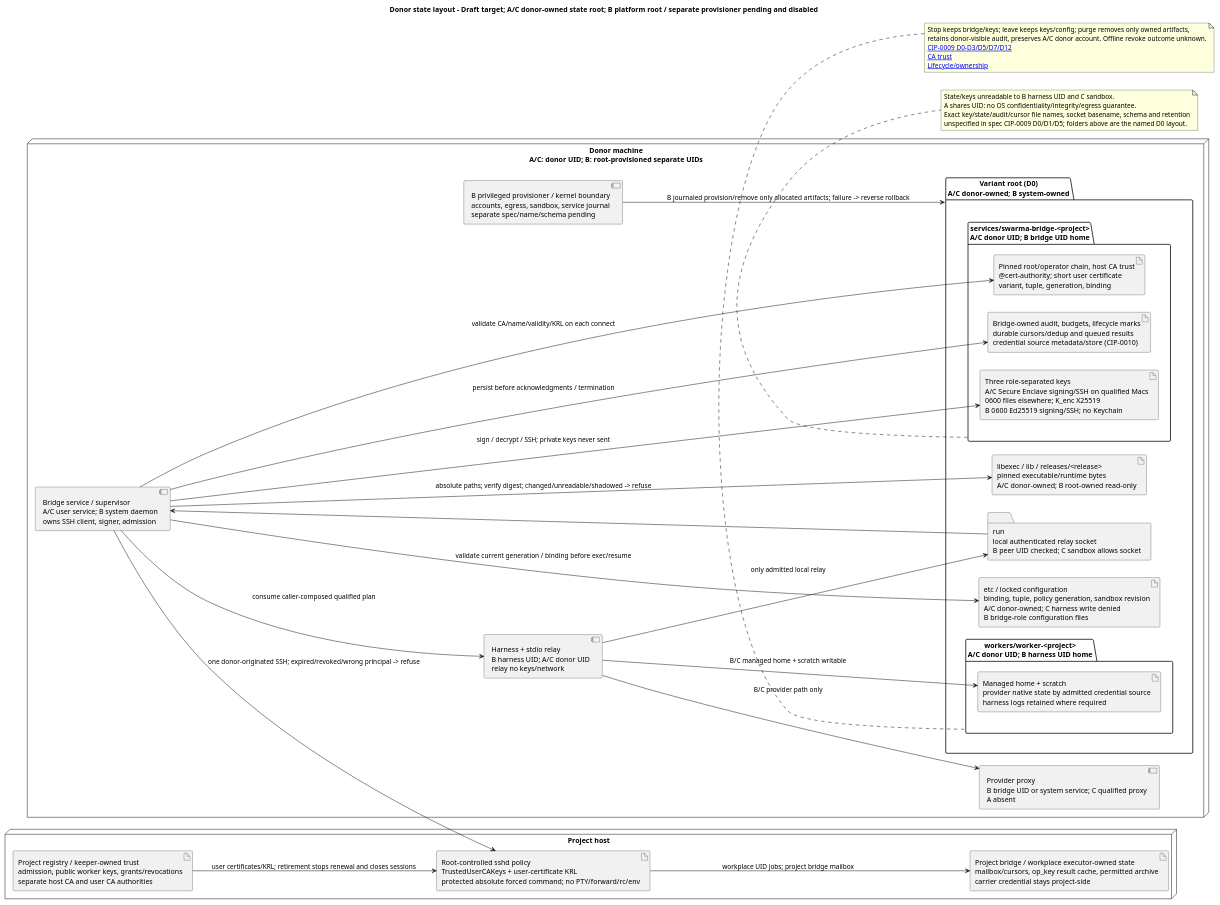
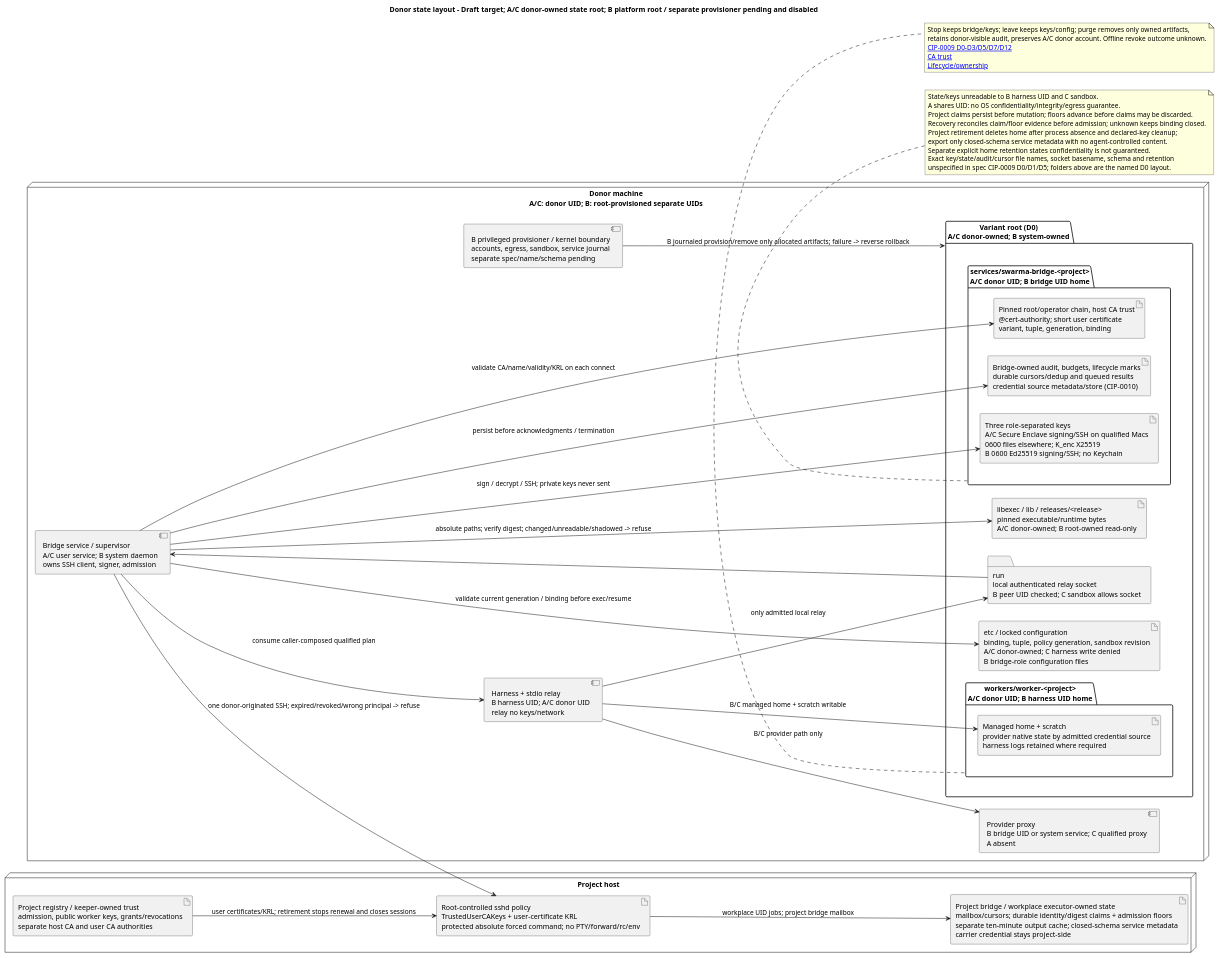
Before and after one commit to relux-works/curator-spec: the diagram in cips/diagrams/donor-layout.puml, drawn with PlantUML. The commit also changed 12 other files, not shown here.

First line of the commit message:
Apply accepted review findings: remote claims vs result cache (CIP-0009), CIP-0011 alignment, no launch tickets (owner 2026-10-12) (TASK-261012-2gkqm3)

```diff
--- a/cips/diagrams/donor-layout.puml
+++ b/cips/diagrams/donor-layout.puml
@@ -1,55 +1,61 @@
 @startuml donor-layout
+' Revision 2026-10-12: accepted review findings; Draft semantics, no renderer/qualification evidence.
 title Donor state layout - Draft target; A/C donor-owned state root; B platform root / separate provisioner pending and disabled
 left to right direction
 node "Donor machine\nA/C: donor UID; B: root-provisioned separate UIDs" as D {
   folder "Variant root (D0)\nA/C donor-owned; B system-owned" as Root {
     artifact "libexec / lib / releases/<release>\npinned executable/runtime bytes\nA/C donor-owned; B root-owned read-only" as Binaries
     artifact "etc / locked configuration\nbinding, tuple, policy generation, sandbox revision\nA/C donor-owned; C harness write denied\nB bridge-role configuration files" as Config
     folder "services/swarma-bridge-<project>\nA/C donor UID; B bridge UID home" as BridgeHome {
       artifact "Three role-separated keys\nA/C Secure Enclave signing/SSH on qualified Macs\n0600 files elsewhere; K_enc X25519\nB 0600 Ed25519 signing/SSH; no Keychain" as Keys
       artifact "Bridge-owned audit, budgets, lifecycle marks\ndurable cursors/dedup and queued results\ncredential source metadata/store (CIP-0010)" as State
       artifact "Pinned root/operator chain, host CA trust\n@cert-authority; short user certificate\nvariant, tuple, generation, binding" as Trust
     }
     folder "workers/worker-<project>\nA/C donor UID; B harness UID home" as WorkerHome {
       artifact "Managed home + scratch\nprovider native state by admitted credential source\nharness logs retained where required" as Home
     }
     folder "run\nlocal authenticated relay socket\nB peer UID checked; C sandbox allows socket" as Socket
   }
   component "Bridge service / supervisor\nA/C user service; B system daemon\nowns SSH client, signer, admission" as Bridge
   component "Harness + stdio relay\nB harness UID; A/C donor UID\nrelay no keys/network" as Harness
   component "Provider proxy\nB bridge UID or system service; C qualified proxy\nA absent" as Proxy
   component "B privileged provisioner / kernel boundary\naccounts, egress, sandbox, service journal\nseparate spec/name/schema pending" as Provisioner
 }
 node "Project host" as P {
   artifact "Root-controlled sshd policy\nTrustedUserCAKeys + user-certificate KRL\nprotected absolute forced command; no PTY/forward/rc/env" as SSHPolicy
   artifact "Project registry / keeper-owned trust\nadmission, public worker keys, grants/revocations\nseparate host CA and user CA authorities" as Registry
-  artifact "Project bridge / workplace executor-owned state\nmailbox/cursors, op_key result cache, permitted archive\ncarrier credential stays project-side" as Mailbox
+  artifact "Project bridge / workplace executor-owned state\nmailbox/cursors; durable identity/digest claims + admission floors\nseparate ten-minute output cache; closed-schema service metadata\ncarrier credential stays project-side" as Mailbox
 }
 Bridge --> Keys : sign / decrypt / SSH; private keys never sent
 Bridge --> State : persist before acknowledgments / termination
 Bridge --> Trust : validate CA/name/validity/KRL on each connect
 Bridge --> Config : validate current generation / binding before exec/resume
 Bridge --> Binaries : absolute paths; verify digest; changed/unreadable/shadowed -> refuse
 Bridge --> Harness : consume caller-composed qualified plan
 Harness --> Home : B/C managed home + scratch writable
 Harness --> Socket : only admitted local relay
 Socket --> Bridge
 Harness --> Proxy : B/C provider path only
 Bridge --> SSHPolicy : one donor-originated SSH; expired/revoked/wrong principal -> refuse
 SSHPolicy --> Mailbox : workplace UID jobs; project bridge mailbox
 Registry --> SSHPolicy : user certificates/KRL; retirement stops renewal and closes sessions
 Provisioner --> Root : B journaled provision/remove only allocated artifacts; failure -> reverse rollback
 note bottom of BridgeHome
   State/keys unreadable to B harness UID and C sandbox.
   A shares UID: no OS confidentiality/integrity/egress guarantee.
+  Project claims persist before mutation; floors advance before claims may be discarded.
+  Recovery reconciles claim/floor evidence before admission; unknown keeps binding closed.
+  Project retirement deletes home after process absence and declared-key cleanup;
+  export only closed-schema service metadata with no agent-controlled content.
+  Separate explicit home retention states confidentiality is not guaranteed.
   Exact key/state/audit/cursor file names, socket basename, schema and retention
   unspecified in spec CIP-0009 D0/D1/D5; folders above are the named D0 layout.
 end note
 note bottom of WorkerHome
   Stop keeps bridge/keys; leave keeps keys/config; purge removes only owned artifacts,
   retains donor-visible audit, preserves A/C donor account. Offline revoke outcome unknown.
   [[../CIP-0009-donor-side-deployment-and-bridge.md#recommendation CIP-0009 D0-D3/D5/D7/D12]]
   [[../../protocol/remote-worker.md#trust-and-ssh CA trust]]
   [[../../protocol/remote-worker.md#tools-mailbox-and-lifecycle Lifecycle/ownership]]
 end note
 @enduml
```
